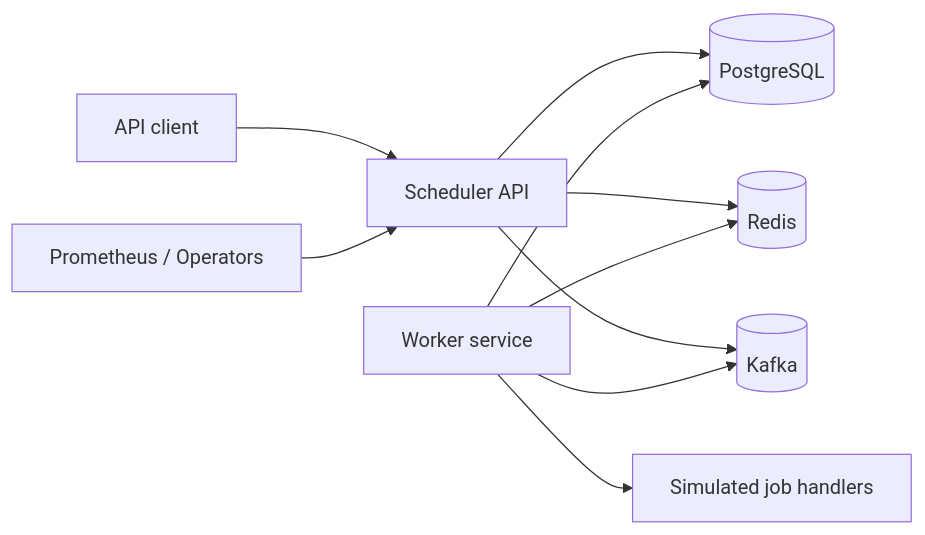
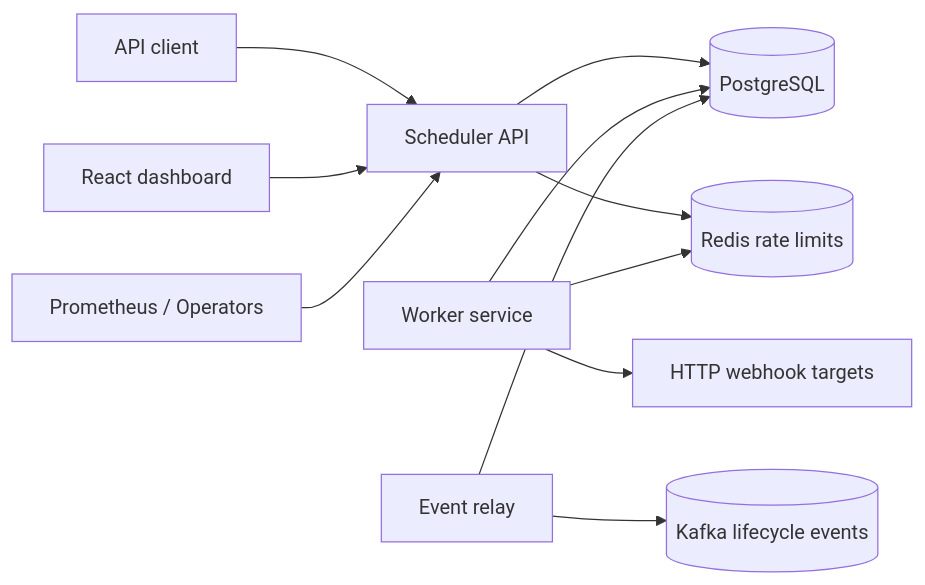
One commit to bhanu-teja2/distributed-job-scheduler changed the second of 2 diagrams in docs/system-design/overview.md. Above: the diagram before and after it, drawn with Mermaid. The commit also changed other lines of this file and 62 other files, not shown here.

Commit message:
docs: add implementation guide and architecture notes

````diff
--- a/docs/system-design/overview.md
+++ b/docs/system-design/overview.md
@@ -39,12 +39,13 @@
 ```mermaid
 flowchart LR
     Client["API client"] --> API["Scheduler API"]
     API --> PG[("PostgreSQL")]
-    API --> Redis[("Redis")]
-    API --> Kafka[("Kafka")]
+    API --> Redis[("Redis rate limits")]
     Worker["Worker service"] --> PG
     Worker --> Redis
-    Worker --> Kafka
-    Worker --> Handlers["Simulated job handlers"]
+    Worker --> Handlers["HTTP webhook targets"]
+    Relay["Event relay"] --> PG
+    Relay --> Kafka[("Kafka lifecycle events")]
+    Dashboard["React dashboard"] --> API
     Ops["Prometheus / Operators"] --> API
 ```
````
